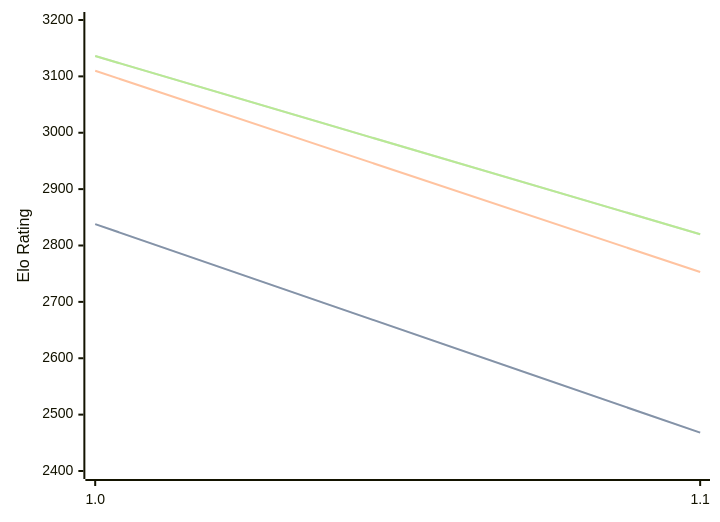
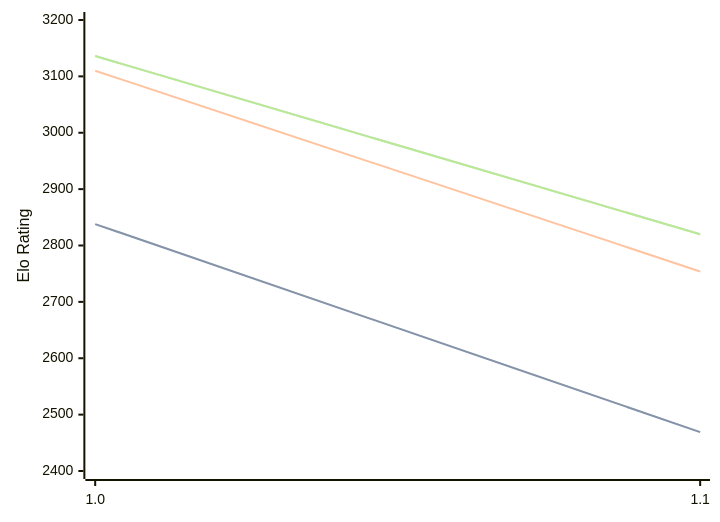
The diagram in engines/Publius.md (computer-chess-index/cci), drawn with Mermaid before and after one commit. The commit also changed other lines of this file, not shown here.

````diff
--- a/engines/Publius.md
+++ b/engines/Publius.md
@@ -32,11 +32,11 @@
 ```mermaid
 %%{init: {"theme":"base","themeVariables":{"seriesColors:['#a3a3a3','#222221','#faa371']}}}%%
 xychart-beta
   x-axis ["1.0", "1.1"]
   y-axis "Elo Rating" 2400 --> 3200
-  line "" [2838, 2468]
-  line "STC (8.0+0.08s)" [2838, 2468]
-  line "LTC (60.0+0.60s)" [3110, 2753]
+  line "" [2838, 2469]
+  line "STC (8.0+0.08s)" [2838, 2469]
+  line "LTC (60.0+0.60s)" [3110, 2754]
   line "" [3136, 2820]
   line "VLTC (2m24s+1.12s)" [3136, 2820]
 ```
````
